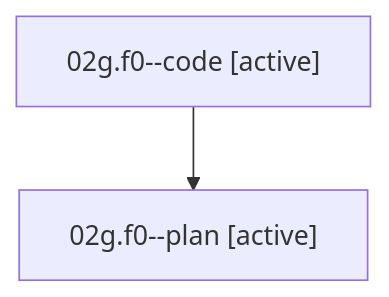
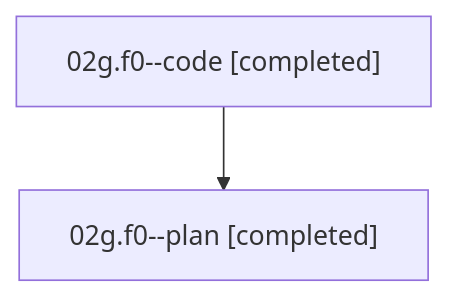
Before and after one commit to bobs-org/bob-cli--agents: the diagram in families/bbugyi200.athena.02g.f0.md, drawn with Mermaid. The commit also changed other lines of this file and 105 other files, not shown here.

````diff
--- a/families/bbugyi200.athena.02g.f0.md
+++ b/families/bbugyi200.athena.02g.f0.md
@@ -9,6 +9,6 @@
 ```mermaid
 flowchart TD
-  n0["02g.f0--code [active]"]
-  n1["02g.f0--plan [active]"]
+  n0["02g.f0--code [completed]"]
+  n1["02g.f0--plan [completed]"]
   n0 --> n1
 ```
````
